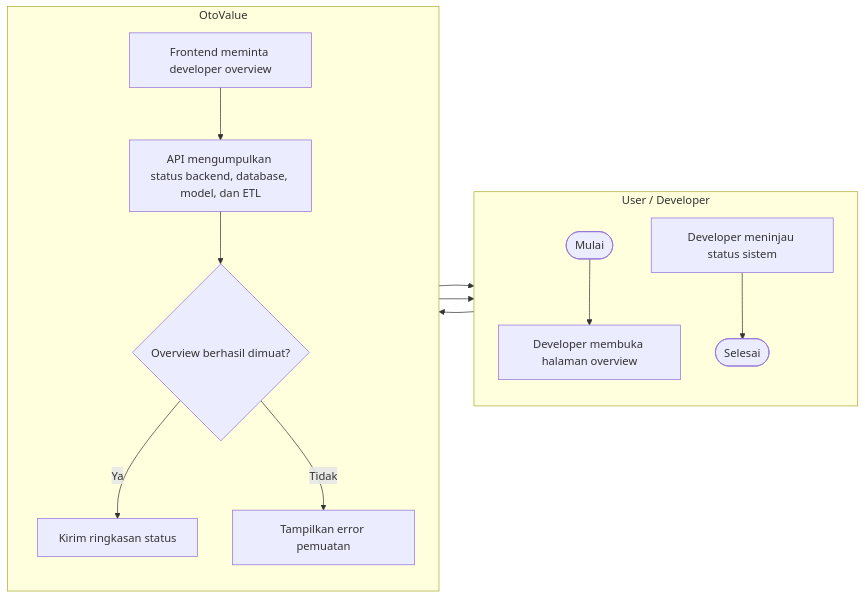
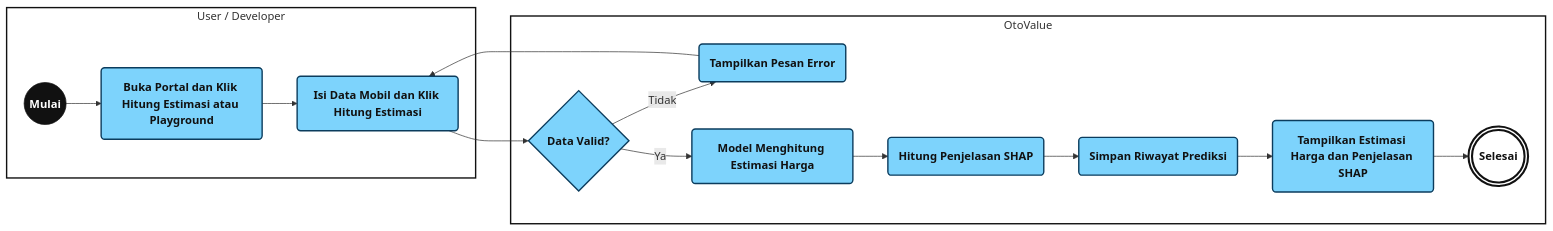
Before and after one commit to RistoKuy/XAI_Car_CP: the eighth of 18 diagrams in README.md, drawn with Mermaid. The commit also changed other lines of this file and 26 other files, not shown here.

````diff
--- a/README.md
+++ b/README.md
@@ -1083,20 +962,25 @@
 ```mermaid
 flowchart LR
-    subgraph Actor["User / Developer"]
-        direction TB
-        A0([Mulai]) --> A1[Developer membuka halaman overview]
-        A2[Developer meninjau status sistem]
-        A3([Selesai])
+    subgraph ACT["User / Developer"]
+        A0((Mulai)):::start
+        A1(Buka Portal dan Klik Hitung Estimasi atau Playground):::step
+        A2(Isi Data Mobil dan Klik Hitung Estimasi):::step
     end
-    subgraph OtoValue["OtoValue"]
-        direction TB
-        S1[Frontend meminta developer overview]
-        S2[API mengumpulkan status backend, database, model, dan ETL]
-        S3{Overview berhasil dimuat?}
-        S4[Kirim ringkasan status]
-        S5[Tampilkan error pemuatan]
+    subgraph SYS["OtoValue"]
+        D{Data Valid?}:::step
+        S1(Tampilkan Pesan Error):::step
+        S2(Model Menghitung Estimasi Harga):::step
+        S3(Hitung Penjelasan SHAP):::step
+        S4(Simpan Riwayat Prediksi):::step
+        S5(Tampilkan Estimasi Harga dan Penjelasan SHAP):::step
+        E(((Selesai))):::stop
     end
-    A1 --> S1 --> S2 --> S3
-    S3 -- Ya --> S4 --> A2 --> A3
-    S3 -- Tidak --> S5 --> A1
+    A0 --> A1 --> A2 --> D
+    D -- Tidak --> S1 --> A2
+    D -- Ya --> S2 --> S3 --> S4 --> S5 --> E
+    classDef step fill:#7DD3FC,stroke:#0B3C5D,stroke-width:2px,color:#111,font-weight:bold
+    classDef start fill:#111,stroke:#111,color:#fff,font-weight:bold
+    classDef stop fill:#fff,stroke:#111,stroke-width:3px,color:#111,font-weight:bold
+    style ACT fill:#fff,stroke:#111,stroke-width:2px
+    style SYS fill:#fff,stroke:#111,stroke-width:2px
 ```
````
